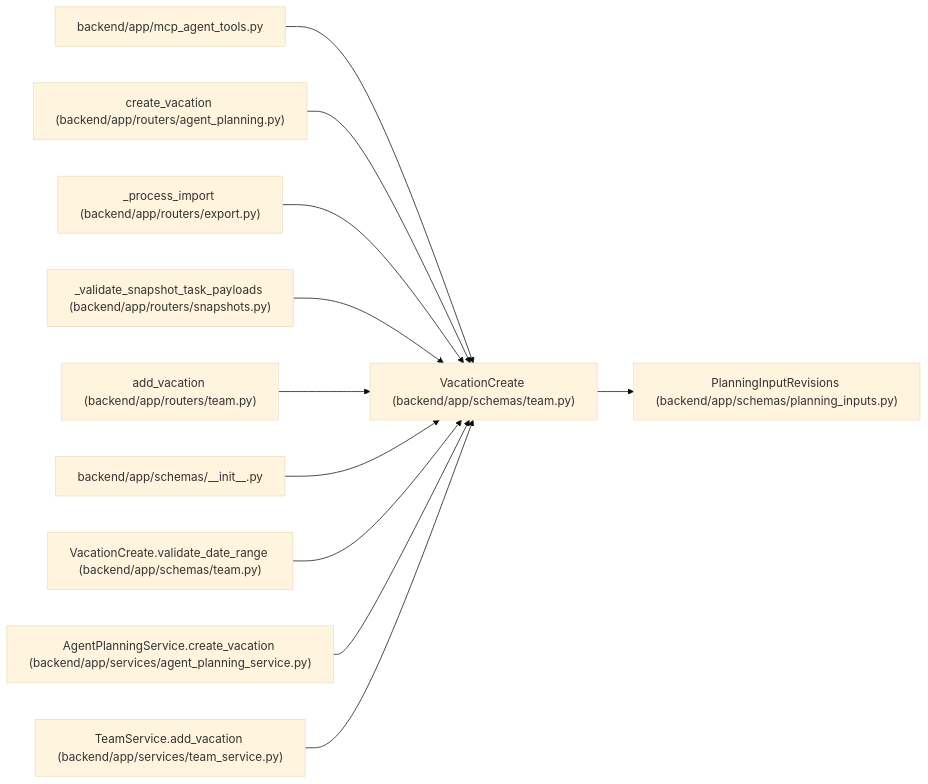
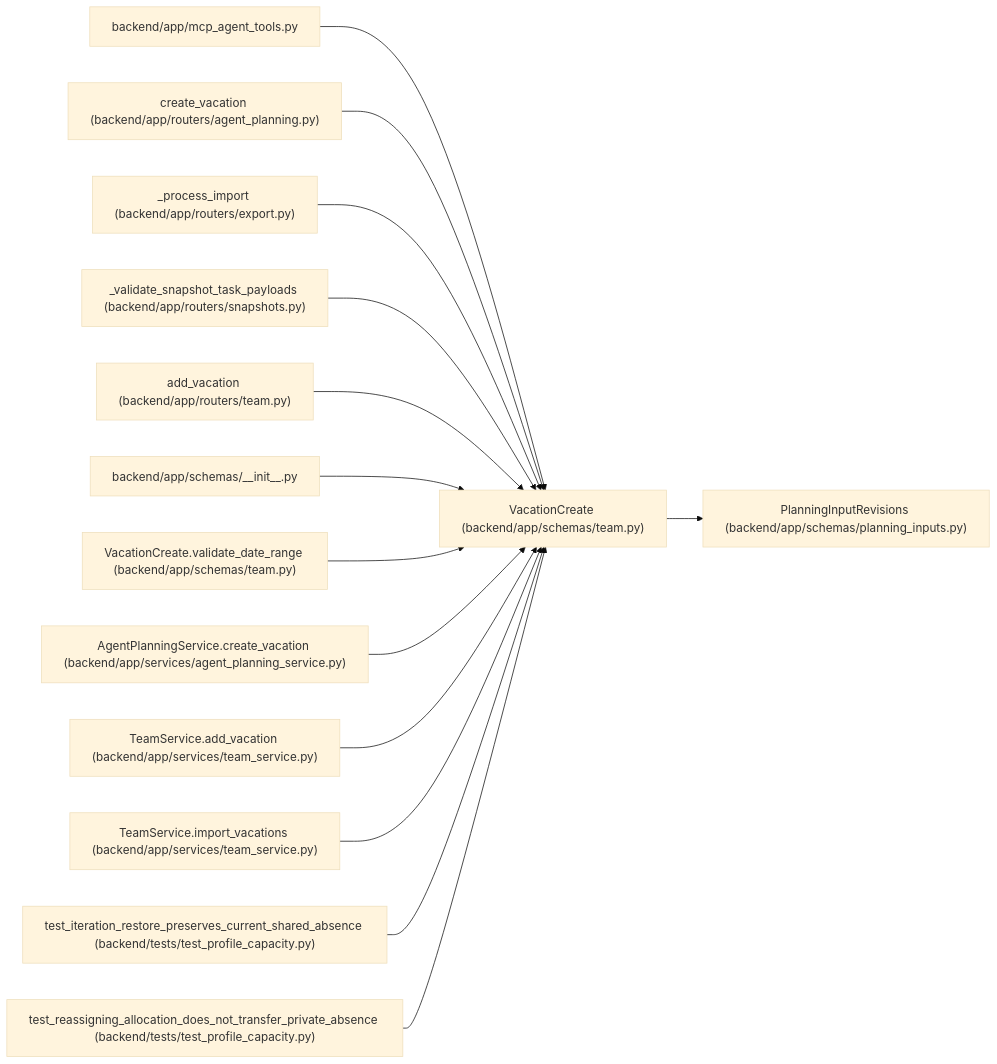
Before and after one commit to Denissvgn/WorkChord: the diagram in docs/llm_wiki/entities/schemas_team_VacationCreate.md, drawn with Mermaid (base theme). The commit also changed other lines of this file and 1888 other files, not shown here.

First line of the commit message:
Add human teamwork workflows, shared capacity, and task discussion (#7)

````diff
--- a/docs/llm_wiki/entities/schemas_team_VacationCreate.md
+++ b/docs/llm_wiki/entities/schemas_team_VacationCreate.md
@@ -34,35 +34,44 @@
 ```mermaid
 flowchart LR
     n0["VacationCreate (backend/app/schemas/team.py)"]
     n1["PlanningInputRevisions (backend/app/schemas/planning_inputs.py)"]
     n2["backend/app/mcp_agent_tools.py"]
     n3["create_vacation (backend/app/routers/agent_planning.py)"]
     n4["_process_import (backend/app/routers/export.py)"]
     n5["_validate_snapshot_task_payloads (backend/app/routers/snapshots.py)"]
     n6["add_vacation (backend/app/routers/team.py)"]
     n7["backend/app/schemas/__init__.py"]
     n8["VacationCreate.validate_date_range (backend/app/schemas/team.py)"]
     n9["AgentPlanningService.create_vacation (backend/app/services/agent_planning_service.py)"]
     n10["TeamService.add_vacation (backend/app/services/team_service.py)"]
+    n11["TeamService.import_vacations (backend/app/services/team_service.py)"]
+    n12["test_iteration_restore_preserves_current_shared_absence (backend/tests/test_profile_capacity.py)"]
+    n13["test_reassigning_allocation_does_not_transfer_private_absence (backend/tests/test_profile_capacity.py)"]
     n0 --> n1
     n2 --> n0
     n3 --> n0
     n4 --> n0
     n5 --> n0
     n6 --> n0
     n7 --> n0
     n8 --> n0
     n9 --> n0
     n10 --> n0
+    n11 --> n0
+    n12 --> n0
+    n13 --> n0
     click n0 "../modules/schemas_team.md"
     click n1 "../modules/planning_inputs.md"
     click n2 "../modules/mcp_agent_tools.md"
     click n3 "../modules/routers_agent_planning.md"
     click n4 "../modules/export.md"
     click n5 "../modules/snapshots.md"
     click n6 "../modules/routers_team.md"
     click n7 "../modules/schemas___init__.md"
     click n8 "../modules/schemas_team.md"
     click n9 "../modules/agent_planning_service.md"
     click n10 "../modules/team_service.md"
+    click n11 "../modules/team_service.md"
+    click n12 "../modules/test_profile_capacity.md"
+    click n13 "../modules/test_profile_capacity.md"
 ```
````
